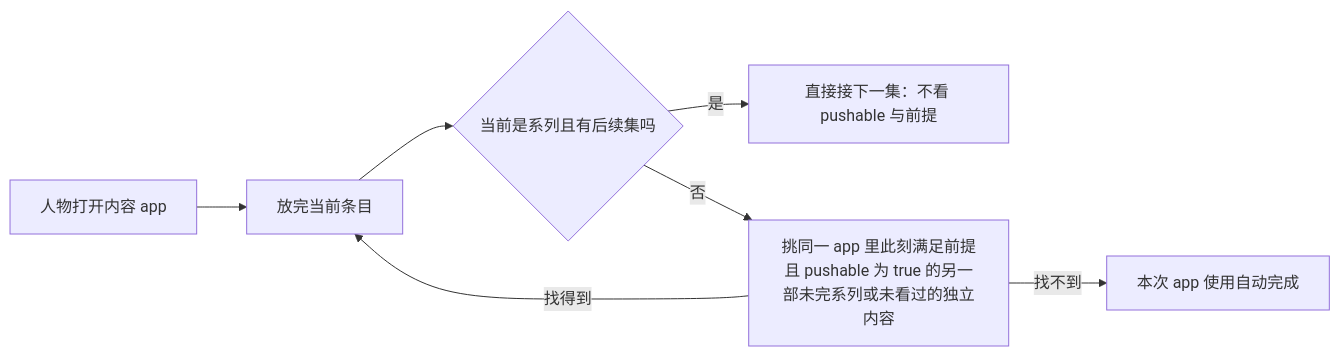
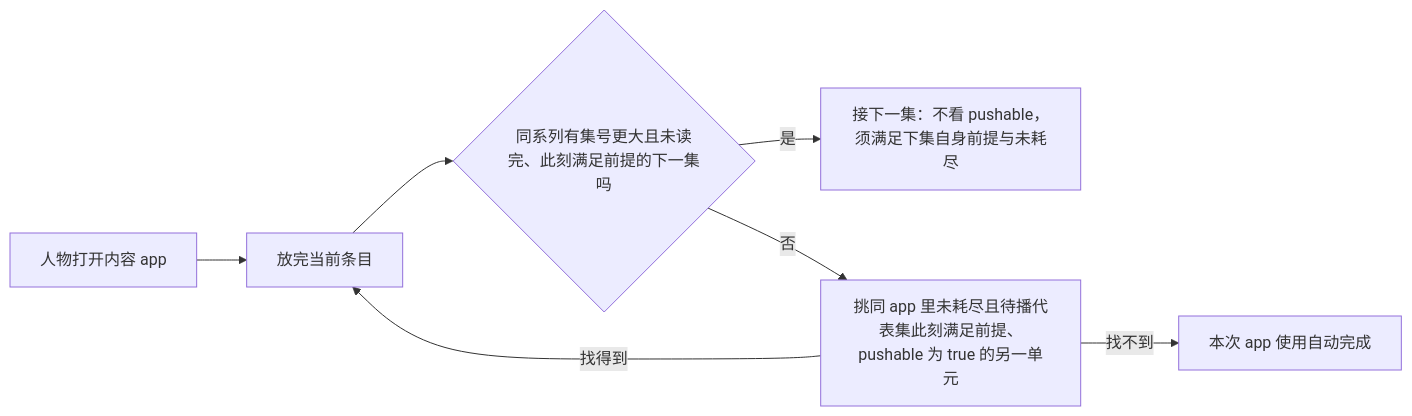
Before and after one commit to HoldThatThgt/WorldMock: the fifth of 8 diagrams in docs/manual/resources.md, drawn with Mermaid. The commit also changed other lines of this file and 113 other files, not shown here.

````diff
--- a/docs/manual/resources.md
+++ b/docs/manual/resources.md
@@ -264,9 +288,9 @@
 ```mermaid
 flowchart LR
     Open["人物打开内容 app"] --> Play["放完当前条目"]
-    Play --> NextEp{"当前是系列且有后续集吗"}
-    NextEp -->|"是"| PlayNext["直接接下一集：不看 pushable 与前提"]
-    NextEp -->|"否"| FindOther["挑同一 app 里此刻满足前提且 pushable 为 true 的另一部未完系列或未看过的独立内容"]
+    Play --> NextEp{"同系列有集号更大且未读完、此刻满足前提的下一集吗"}
+    NextEp -->|"是"| PlayNext["接下一集：不看 pushable，须满足下集自身前提与未耗尽"]
+    NextEp -->|"否"| FindOther["挑同 app 里未耗尽且待播代表集此刻满足前提、pushable 为 true 的另一单元"]
     FindOther -->|"找得到"| Play
     FindOther -->|"找不到"| Done["本次 app 使用自动完成"]
 ```
````
